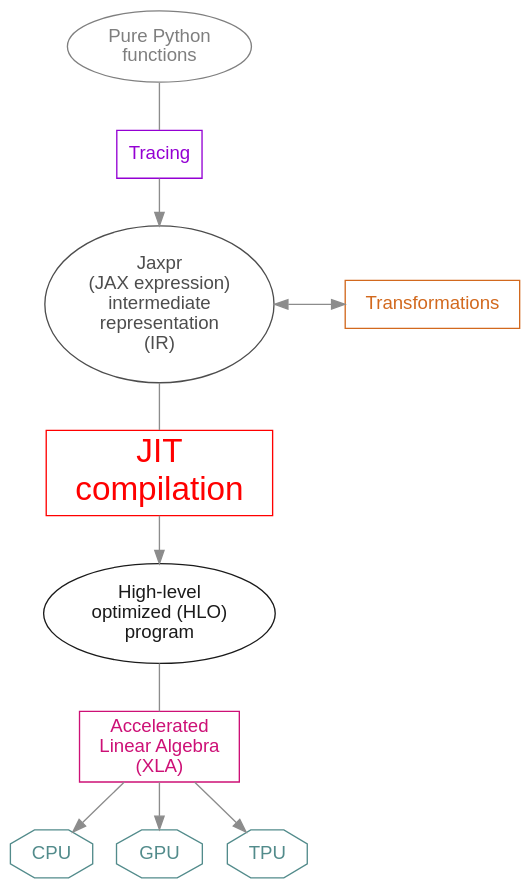
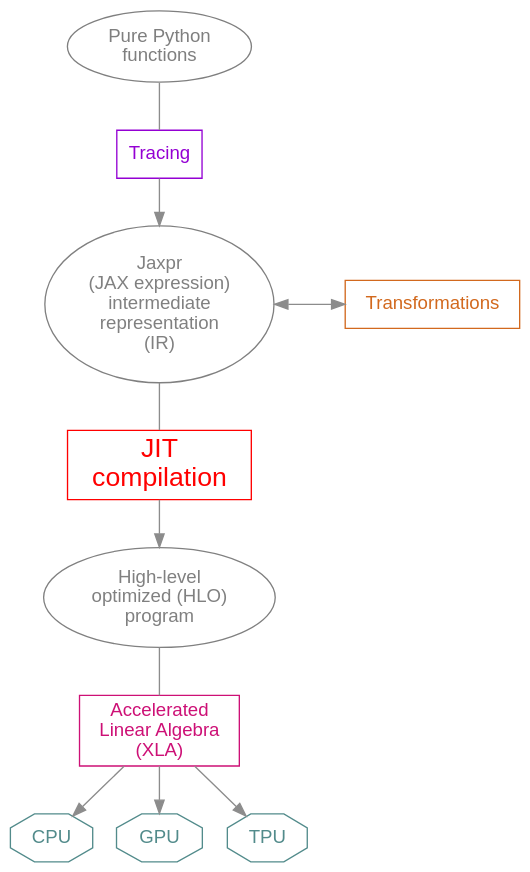
One commit to WestDRI/arc-training changed the diagram in ai/jx/jx_jit.qmd. Above: the diagram before and after it, drawn with Graphviz. The commit also changed 20 other files, not shown here.

Commit message:
fix remaining graphviz graphs for dark mode

````diff
--- a/ai/jx/jx_jit.qmd
+++ b/ai/jx/jx_jit.qmd
@@ -18,40 +18,40 @@
 ```{dot}
 //| echo: false
 //| fig-height: 700px
 
 strict digraph {
 
 bgcolor="transparent"
 node [fontname="Inconsolata, sans-serif"]
 edge [color=gray55]
 
 tracer  [label=Tracing, shape=rectangle, color=darkviolet, fontcolor=darkviolet]
-jit [label="JIT\n compilation ", shape=rectangle, color=red, fontcolor=red, fontsize="25"]
+jit [label="JIT\n compilation ", shape=rectangle, color=red, fontcolor=red, fontsize="20"]
 xla [label="Accelerated\n Linear Algebra \n(XLA)", shape=rectangle, color=deeppink3, fontcolor=deeppink3]
 transform [label=" Transformations ", shape=rectangle, color=chocolate, fontcolor=chocolate]
 
 CPU [shape=octagon, color=darkslategray4, fontcolor=darkslategray4]
 GPU [shape=octagon, color=darkslategray4, fontcolor=darkslategray4]
 TPU [shape=octagon, color=darkslategray4, fontcolor=darkslategray4]
 
 
 py [label="Pure Python\nfunctions", color=gray50, fontcolor=gray50]
-jaxpr [label="Jaxpr\n(JAX expression)\nintermediate\nrepresentation\n(IR)", color=gray30, fontcolor=gray30]
-hlo [label="High-level\noptimized (HLO)\nprogram", color=gray10, fontcolor=gray10]
+jaxpr [label="Jaxpr\n(JAX expression)\nintermediate\nrepresentation\n(IR)", color=gray, fontcolor=gray]
+hlo [label="High-level\noptimized (HLO)\nprogram", color=gray, fontcolor=gray]
 
 py -> tracer [dir=none]
 tracer -> jaxpr
 jaxpr -> jit [dir=none]
 jit -> hlo
 hlo -> xla [dir=none]
 
 xla -> CPU [shape=doubleoctagon]
 xla -> GPU
 xla -> TPU
 
 jaxpr -> transform [dir=both, minlen=3]
 
 {rank=same; jaxpr transform}
 
 }
 ```
````
